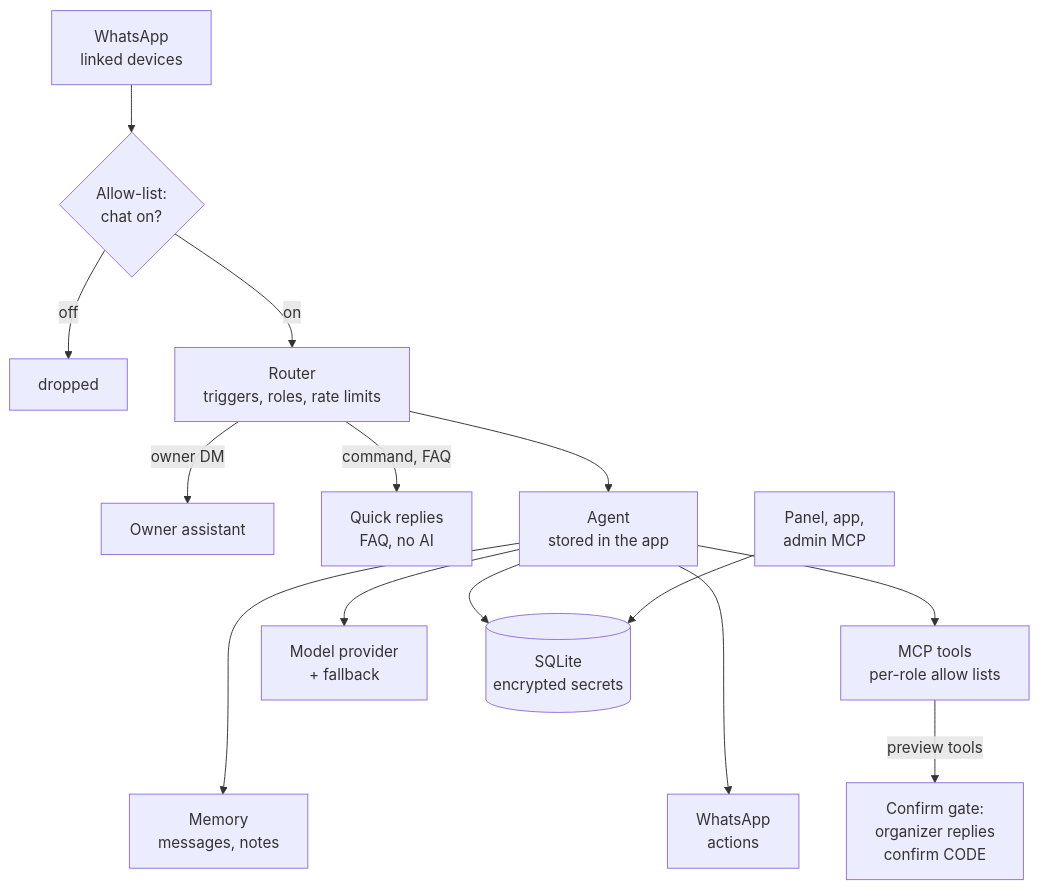
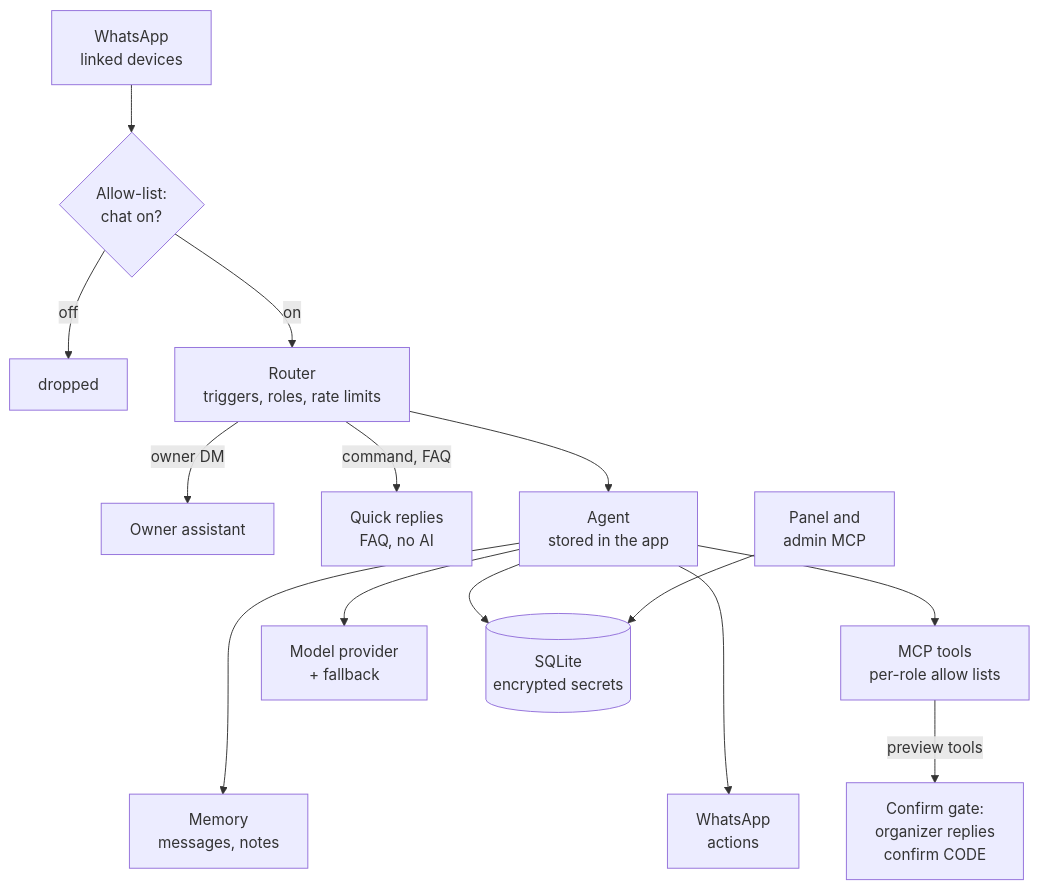
The diagram in docs/diagrams/architecture.mmd (vikramgorla/duniya), drawn with Mermaid before and after one commit. The commit also changed 81 other files, not shown here.

```diff
--- a/docs/diagrams/architecture.mmd
+++ b/docs/diagrams/architecture.mmd
@@ -1,16 +1,16 @@
 flowchart TD
   WA["WhatsApp<br/>linked devices"] --> AL{"Allow-list:<br/>chat on?"}
   AL -- "off" --> X["dropped"]
   AL -- "on" --> R["Router<br/>triggers, roles, rate limits"]
   R -- "owner DM" --> OA["Owner assistant"]
   R -- "command, FAQ" --> Q["Quick replies<br/>FAQ, no AI"]
   R --> AG["Agent<br/>stored in the app"]
   AG --> M["Model provider<br/>+ fallback"]
   AG --> T["MCP tools<br/>per-role allow lists"]
   AG --> W["WhatsApp<br/>actions"]
   T -- "preview tools" --> CG["Confirm gate:<br/>organizer replies<br/>confirm CODE"]
   M ~~~ MEM
   M ~~~ W
   AG --> MEM["Memory<br/>messages, notes"]
   AG --> DB[("SQLite<br/>encrypted secrets")]
-  P["Panel, app,<br/>admin MCP"] --> DB
+  P["Panel and<br/>admin MCP"] --> DB
```
